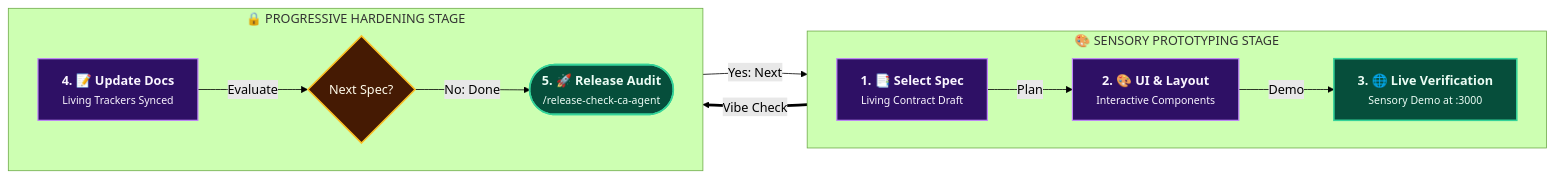
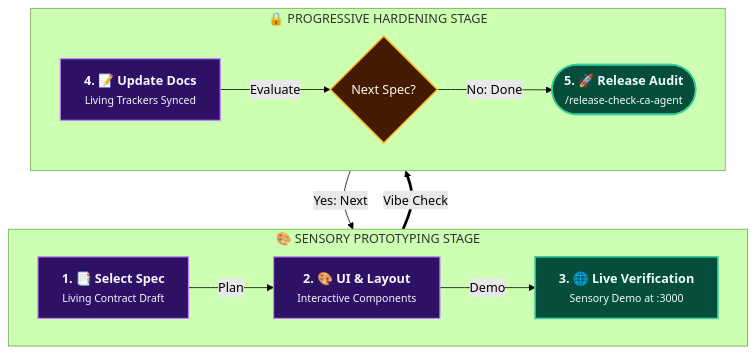
One commit to rmsofficialsyt/Agentic-AI-Vibe-Coding-AND-SDD-TDD-Codebase-Chandan-Adhikary changed the second of 3 diagrams in Vibe-Coding-Chandan-Adhikary/Vibe-Coding/docs/features/README.md. Above: the diagram before and after it, drawn with Mermaid (forest theme). The commit also changed 20 other files, not shown here.

Commit message:
docs: resolve diagram shrinkage by configuring top-level flowchart TB with nested direction LR rows

````diff
--- a/Vibe-Coding-Chandan-Adhikary/Vibe-Coding/docs/features/README.md
+++ b/Vibe-Coding-Chandan-Adhikary/Vibe-Coding/docs/features/README.md
@@ -55,28 +55,28 @@
 ```mermaid
-flowchart LR
+flowchart TB
     classDef step fill:#2e1065,stroke:#c084fc,stroke-width:1.5px,color:#faf5ff;
     classDef sensory fill:#064e3b,stroke:#34d399,stroke-width:2px,color:#ecfdf5;
     classDef gate fill:#451a03,stroke:#fbbf24,stroke-width:2px,color:#fffbeb;
 
     subgraph ForwardTier ["🎨 SENSORY PROTOTYPING STAGE"]
         direction LR
         SelectSpec["<b>1. 📑 Select Spec</b><br/><small>Living Contract Draft</small>"]:::step
         ScaffoldCode["<b>2. 🎨 UI & Layout</b><br/><small>Interactive Components</small>"]:::step
         LiveVerify["<b>3. 🌐 Live Verification</b><br/><small>Sensory Demo at :3000</small>"]:::sensory
     end
 
     subgraph HardeningTier ["🔒 PROGRESSIVE HARDENING STAGE"]
         direction LR
         UpdateDocs["<b>4. 📝 Update Docs</b><br/><small>Living Trackers Synced</small>"]:::step
         NextSpec{"Next Spec?"}:::gate
         FinalAudit(["<b>5. 🚀 Release Audit</b><br/><small>/release-check-ca-agent</small>"]):::sensory
     end
 
     SelectSpec -->|"Plan"| ScaffoldCode
     ScaffoldCode -->|"Demo"| LiveVerify
     LiveVerify ==>|"Vibe Check"| UpdateDocs
 
     UpdateDocs -->|"Evaluate"| NextSpec
     NextSpec -->|"Yes: Next"| SelectSpec
     NextSpec -->|"No: Done"| FinalAudit
 ```
````
